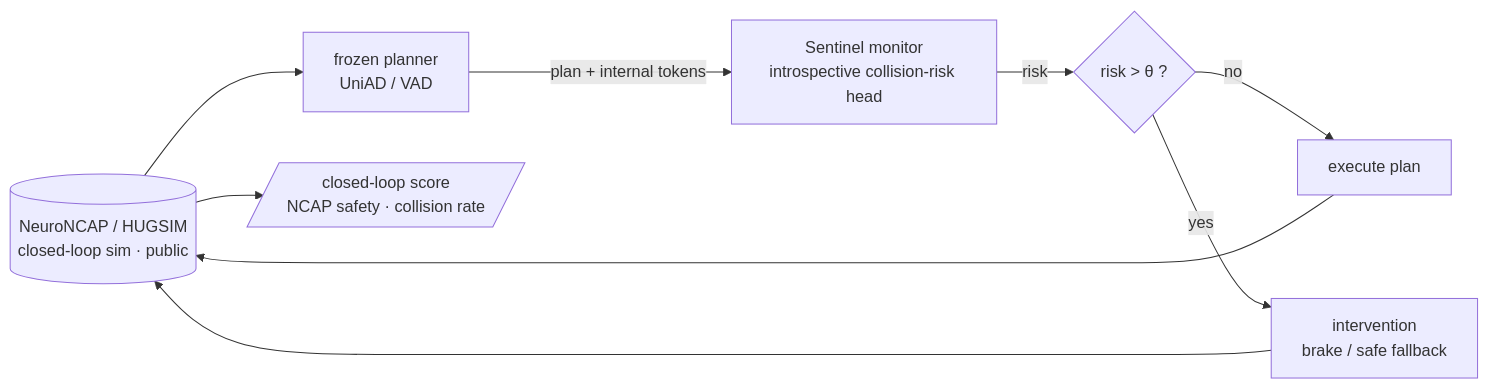
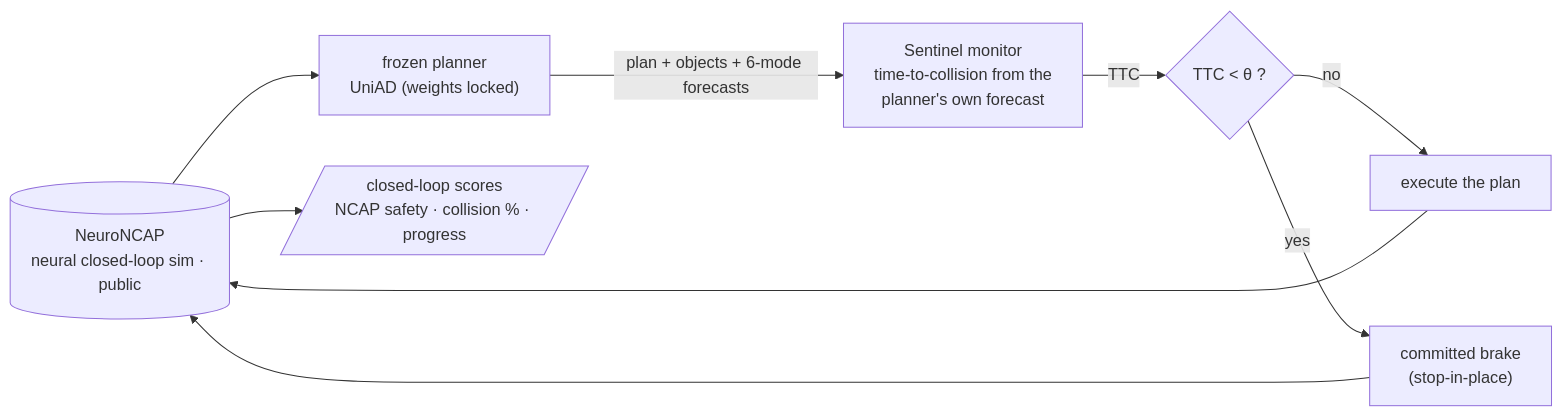
The diagram in README.md (manfromnowhere143/sentinel), drawn with Mermaid before and after one commit. The commit also changed other lines of this file and 6 other files, not shown here.

````diff
--- a/README.md
+++ b/README.md
@@ -59,11 +67,11 @@
 ```mermaid
 flowchart LR
-  S[("NeuroNCAP / HUGSIM<br/>closed-loop sim · public")] --> P["frozen planner<br/>UniAD / VAD"]
-  P -- plan + internal tokens --> MON["Sentinel monitor<br/>introspective collision-risk head"]
-  MON -- risk --> G{"risk &gt; θ ?"}
-  G -- no --> ACT["execute plan"]
-  G -- yes --> INT["intervention<br/>brake / safe fallback"]
+  S[("NeuroNCAP<br/>neural closed-loop sim · public")] --> P["frozen planner<br/>UniAD (weights locked)"]
+  P -- "plan + objects + 6-mode forecasts" --> MON["Sentinel monitor<br/>time-to-collision from the<br/>planner's own forecast"]
+  MON -- "TTC" --> G{"TTC &lt; θ ?"}
+  G -- no --> ACT["execute the plan"]
+  G -- yes --> INT["committed brake<br/>(stop-in-place)"]
   ACT --> S
   INT --> S
-  S --> SC[/"closed-loop score<br/>NCAP safety · collision rate"/]
+  S --> SC[/"closed-loop scores<br/>NCAP safety · collision % · progress"/]
 ```
````
